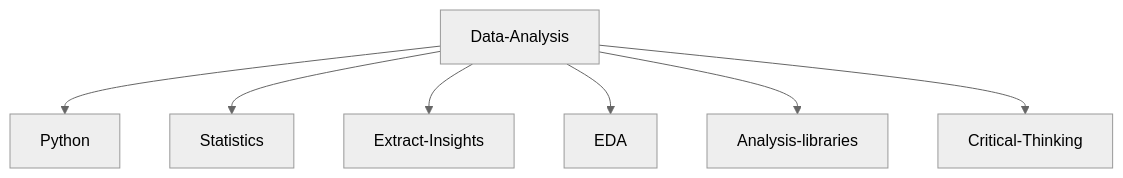
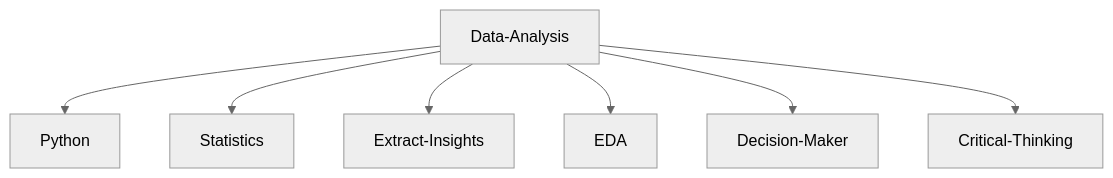
One commit to Mo-Shaeerah/Mo-Shaeerah changed the first of 3 diagrams in README.md. Above: the diagram before and after it, drawn with Mermaid (neutral theme). The commit also changed other lines of this file, not shown here.

````diff
--- a/README.md
+++ b/README.md
@@ -27,9 +21,9 @@
 ```mermaid
 graph TD;
     Data-Analysis-->Python;
     Data-Analysis-->Statistics;
     Data-Analysis-->Extract-Insights;
     Data-Analysis-->EDA;
-    Data-Analysis-->Analysis-libraries;
+    Data-Analysis-->Decision-Maker;
     Data-Analysis-->Critical-Thinking;
    ```
````
